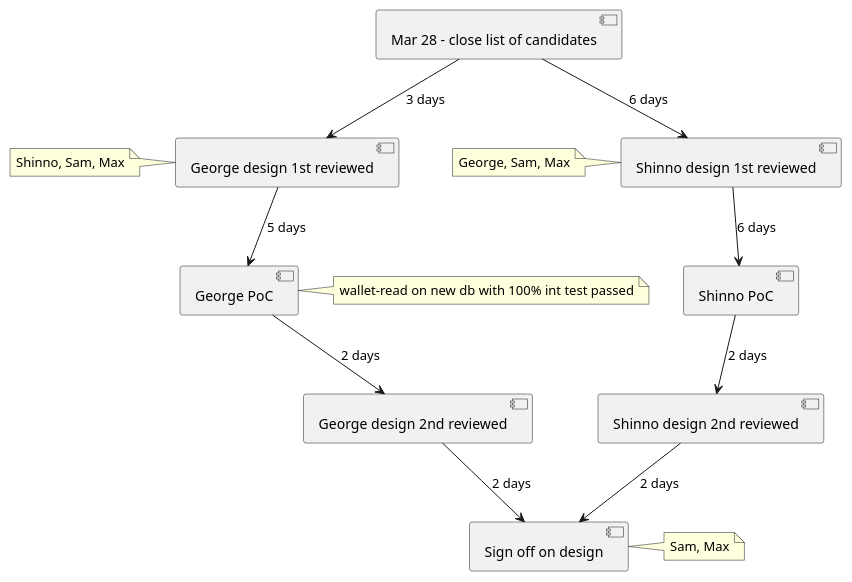
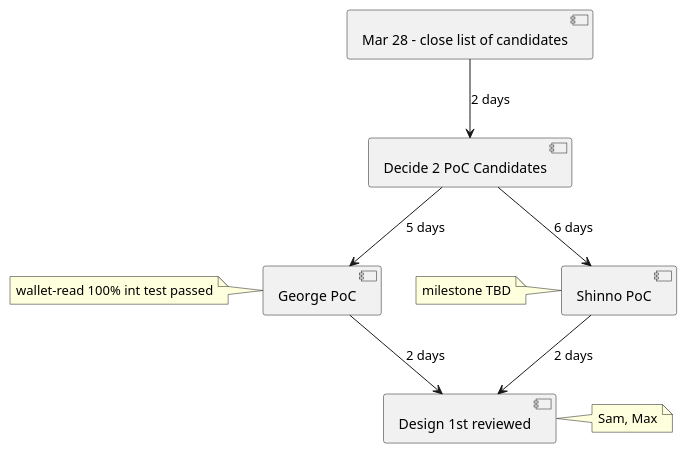
The second of 2 diagrams in pm/plan.plantuml (george24601/notes), drawn with PlantUML before and after one commit. The commit also changed 20 other files, not shown here.

```diff
--- a/pm/plan.plantuml
+++ b/pm/plan.plantuml
@@ -13,14 +13,10 @@
 @startuml
-[Mar 28 - close list of candidates] --> [George design 1st reviewed]: 3 days 
-note left: Shinno, Sam, Max 
-[Mar 28 - close list of candidates] --> [Shinno design 1st reviewed]: 6 days 
-note left: George, Sam, Max 
-[George design 1st reviewed] --> [George PoC]: 5 days
-note left: wallet-read on new db with 100% int test passed
-[Shinno design 1st reviewed] --> [Shinno PoC]: 6 days 
-[George PoC] -->[George design 2nd reviewed]: 2 days
-[Shinno PoC] -->[Shinno design 2nd reviewed]: 2 days
-[George design 2nd reviewed] --> [Sign off on design]: 2 days 
-[Shinno design 2nd reviewed] --> [Sign off on design]: 2 days
+[Mar 28 - close list of candidates] --> [Decide 2 PoC Candidates]: 2 days 
+[Decide 2 PoC Candidates] --> [George PoC]: 5 days
+note left: wallet-read 100% int test passed
+[Decide 2 PoC Candidates] --> [Shinno PoC]: 6 days 
+note left: milestone TBD
+[George PoC] -->[Design 1st reviewed]: 2 days
+[Shinno PoC] -->[Design 1st reviewed]: 2 days
 note right: Sam, Max
 @enduml
```
